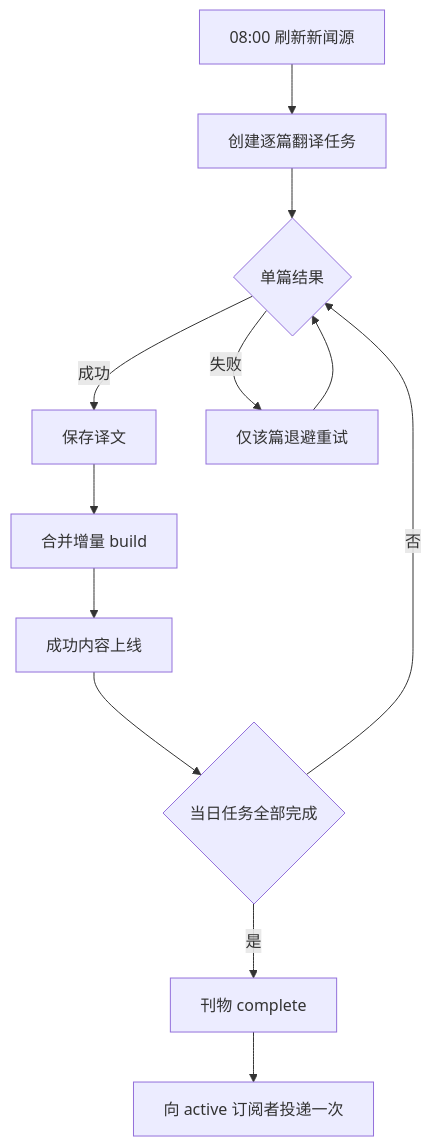
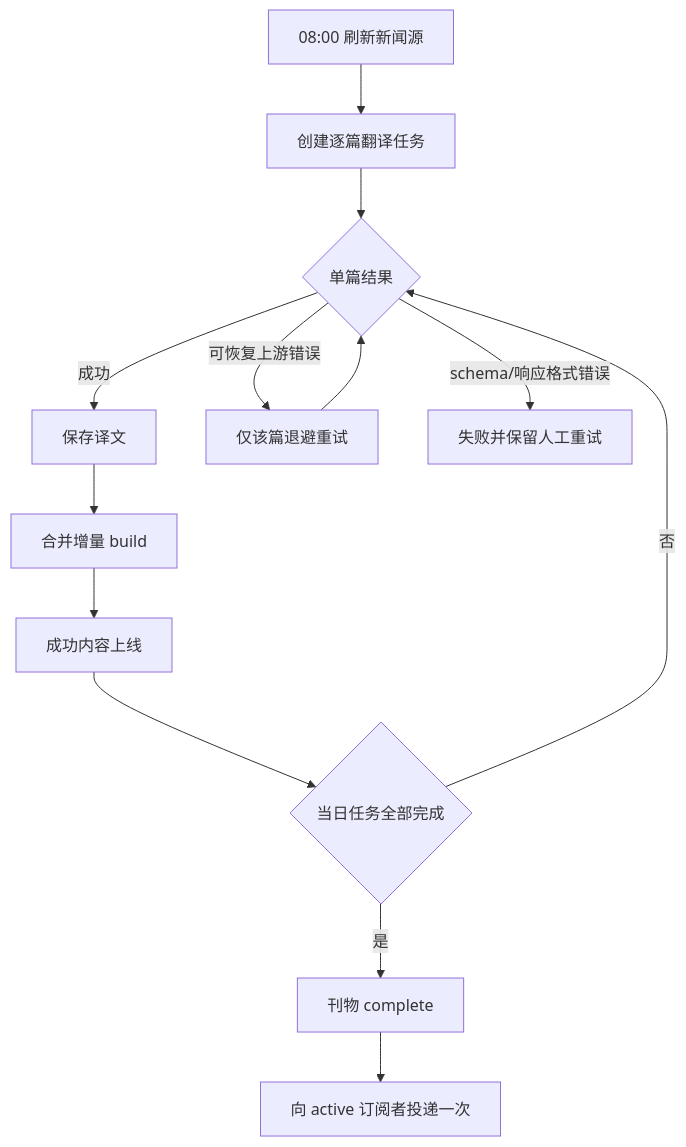
The diagram in README.md (Yi-Lings/news-digest), drawn with Mermaid before and after one commit. The commit also changed other lines of this file and 10 other files, not shown here.

Commit message:
fix: stop translation schema retry loop

````diff
--- a/README.md
+++ b/README.md
@@ -62,14 +62,15 @@
 ```mermaid
 flowchart TD
     A["08:00 刷新新闻源"] --> B["创建逐篇翻译任务"]
     B --> C{"单篇结果"}
     C -->|成功| D["保存译文"]
     D --> E["合并增量 build"]
     E --> F["成功内容上线"]
-    C -->|失败| G["仅该篇退避重试"]
+    C -->|可恢复上游错误| G["仅该篇退避重试"]
+    C -->|schema/响应格式错误| K["失败并保留人工重试"]
     G --> C
     F --> H{"当日任务全部完成"}
     H -->|否| C
     H -->|是| I["刊物 complete"]
     I --> J["向 active 订阅者投递一次"]
 ```
````
